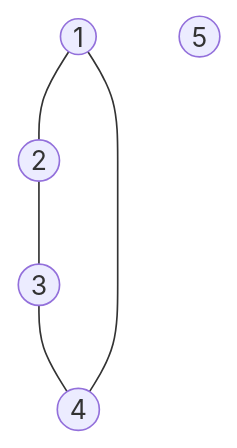
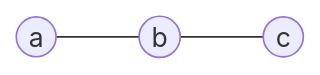
The first of 2 diagrams in sem3/A&D/UE/bf/A&D-bf-u08.md (bfeitknecht/vault), drawn with Mermaid before and after one commit. The commit also changed other lines of this file and 2 other files, not shown here.

````diff
--- a/sem3/A&D/UE/bf/A&D-bf-u08.md
+++ b/sem3/A&D/UE/bf/A&D-bf-u08.md
@@ -38,11 +27,9 @@
 ```mermaid
-graph TD
+graph LR
 
-1((1))
-2((2))
-3((3))
-4((4))
-5((5))
+a((a))
+b((b))
+c((c))
 
-1 --- 2 --- 3 --- 4 --- 1
+a --- b --- c
 ```
````
